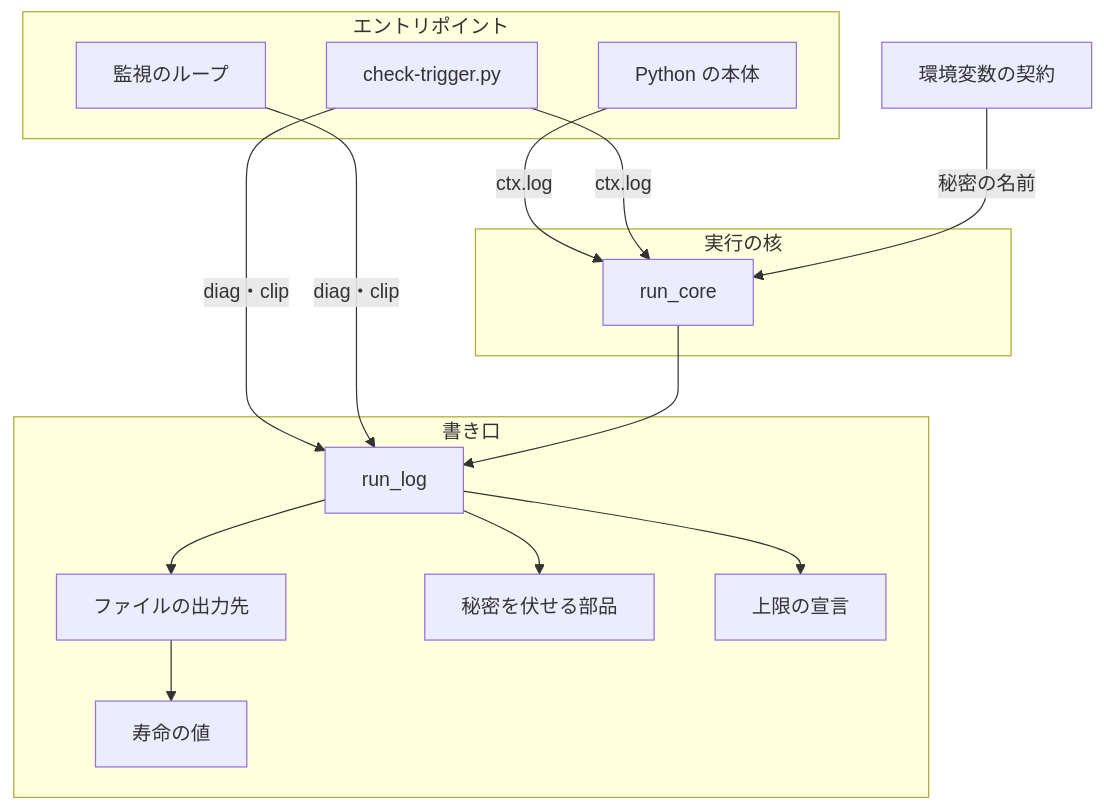
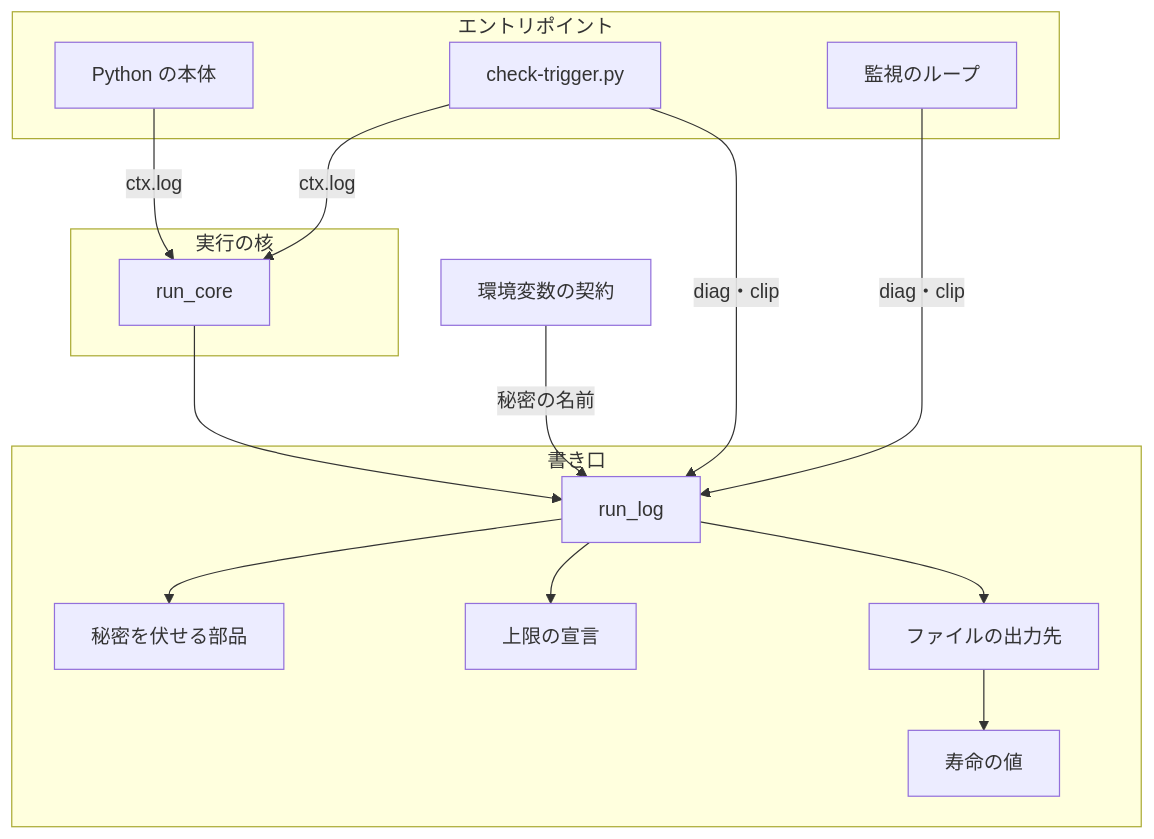
One commit to devbasex/ai-plugins changed the first of 5 diagrams in issues/issue-2338-design.md. Above: the diagram before and after it, drawn with Mermaid. The commit also changed other lines of this file and 3 other files, not shown here.

````diff
--- a/issues/issue-2338-design.md
+++ b/issues/issue-2338-design.md
@@ -136,28 +137,28 @@
 ```mermaid
 graph TD
     subgraph エントリポイント
         PY[Python の本体]
         CT[check-trigger.py]
         ML[監視のループ]
     end
     subgraph 実行の核
         K[run_core]
     end
     subgraph 書き口
         RL[run_log]
         FS[ファイルの出力先]
         SR[秘密を伏せる部品]
         LM[上限の宣言]
         KD[寿命の値]
     end
     PY -->|ctx.log| K
     CT -->|ctx.log| K
     CT -->|diag・clip| RL
     ML -->|diag・clip| RL
     K --> RL
     RL --> SR
     RL --> LM
     RL --> FS
     FS --> KD
-    EC[環境変数の契約] -->|秘密の名前| K
+    EC[環境変数の契約] -->|秘密の名前| RL
 ```
````
